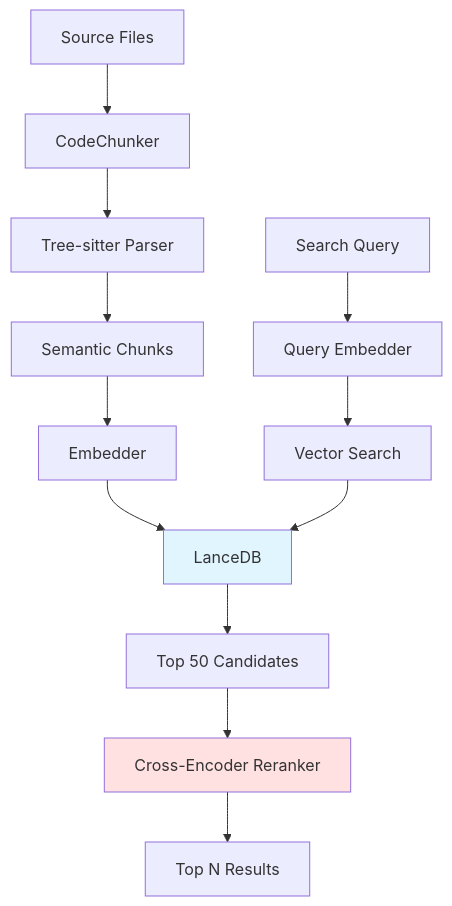
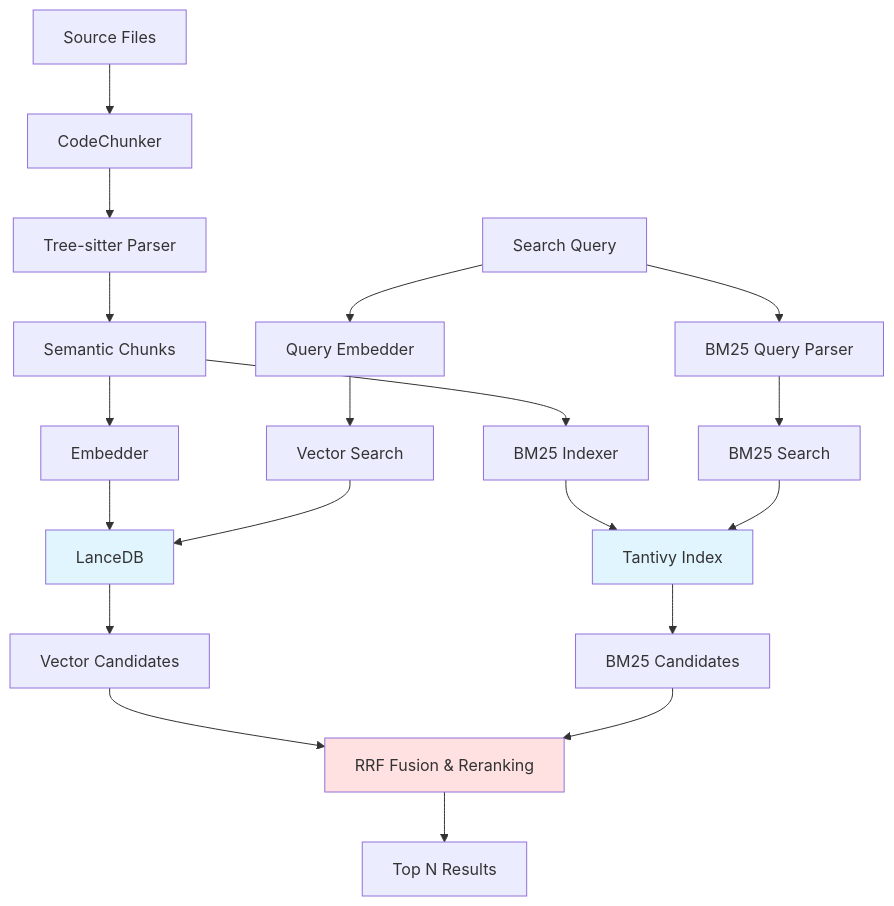
Before and after one commit to serguei9090/code-rag: the first of 2 diagrams in docs/architecture/architecture.md, drawn with Mermaid. The commit also changed other lines of this file and 18 other files, not shown here.

Commit message:
feat: introduce core code search functionality including indexing, semantic search, BM25, and a server. Hybrid BM25 + Vector Search

````diff
--- a/docs/architecture/architecture.md
+++ b/docs/architecture/architecture.md
@@ -7,18 +7,26 @@
 ```mermaid
 graph TB
     A[Source Files] --> B[CodeChunker]
     B --> C[Tree-sitter Parser]
     C --> D[Semantic Chunks]
     D --> E[Embedder]
+    D --> E2[BM25 Indexer]
     E --> F[LanceDB]
+    E2 --> F2[Tantivy Index]
     
     G[Search Query] --> H[Query Embedder]
+    G --> H2[BM25 Query Parser]
     H --> I[Vector Search]
+    H2 --> I2[BM25 Search]
     I --> F
-    F --> J[Top 50 Candidates]
-    J --> K[Cross-Encoder Reranker]
+    I2 --> F2
+    F --> J[Vector Candidates]
+    F2 --> J2[BM25 Candidates]
+    J --> K[RRF Fusion & Reranking]
+    J2 --> K
     K --> L[Top N Results]
     
     style F fill:#e1f5ff
+    style F2 fill:#e1f5ff
     style K fill:#ffe1e1
 ```
````
